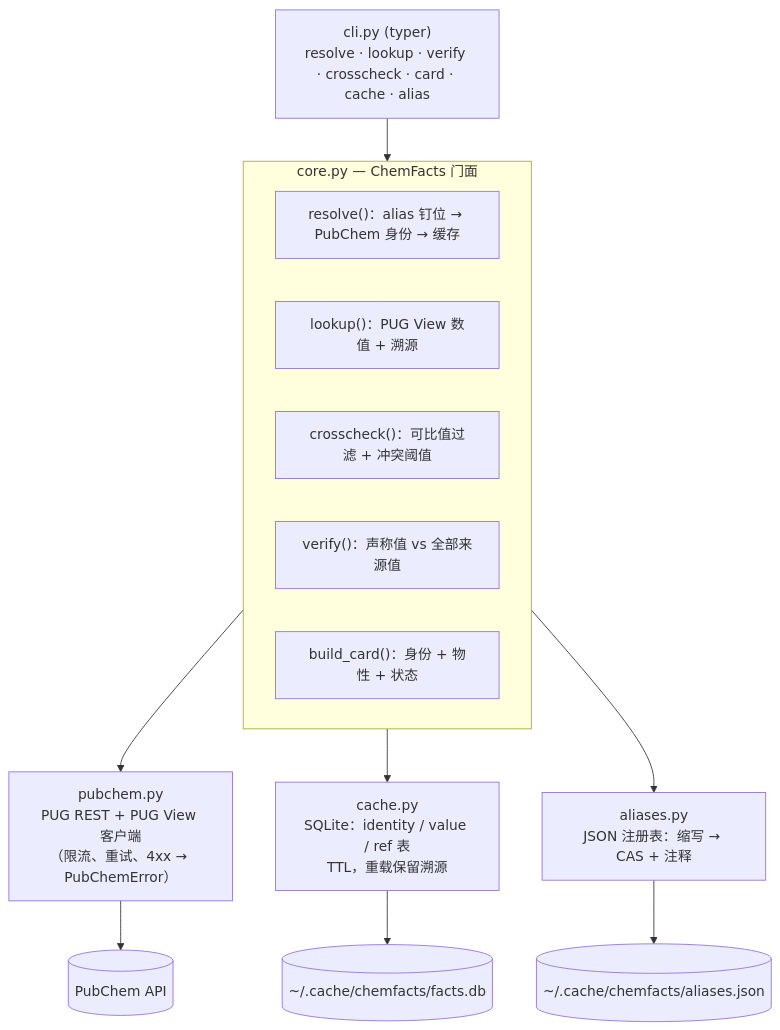
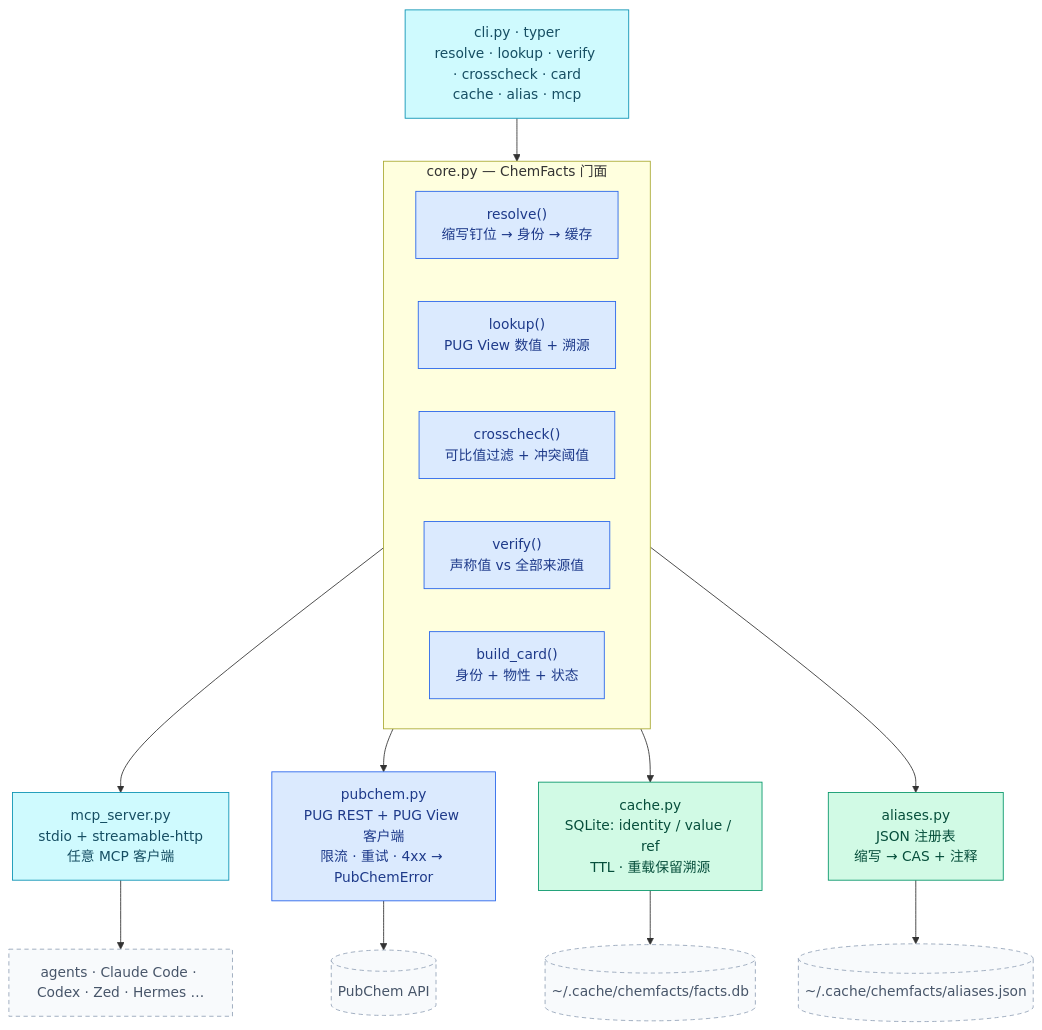
The fourth of 4 diagrams in README_zh.md (CL4Y68/chemfacts), drawn with Mermaid before and after one commit. The commit also changed other lines of this file and 1 other file, not shown here.

First line of the commit message:
beautify README diagrams: semantic color palette + node shapes + grouping

````diff
--- a/README_zh.md
+++ b/README_zh.md
@@ -108,17 +164,32 @@
 ```mermaid
 flowchart TD
-    CLI["cli.py (typer)<br/>resolve · lookup · verify · crosscheck · card · cache · alias"] --> CORE
+    CLI["cli.py · typer<br/>resolve · lookup · verify · crosscheck · card<br/>cache · alias · mcp"]:::mcp
     subgraph CORE["core.py — ChemFacts 门面"]
-        R["resolve()：alias 钉位 → PubChem 身份 → 缓存"]
-        L["lookup()：PUG View 数值 + 溯源"]
-        X["crosscheck()：可比值过滤 + 冲突阈值"]
-        V["verify()：声称值 vs 全部来源值"]
-        CD["build_card()：身份 + 物性 + 状态"]
+        direction LR
+        R["resolve()<br/>缩写钉位 → 身份 → 缓存"]:::proc
+        L["lookup()<br/>PUG View 数值 + 溯源"]:::proc
+        X["crosscheck()<br/>可比值过滤 + 冲突阈值"]:::proc
+        V["verify()<br/>声称值 vs 全部来源值"]:::proc
+        C["build_card()<br/>身份 + 物性 + 状态"]:::proc
     end
-    CORE --> P["pubchem.py<br/>PUG REST + PUG View 客户端<br/>（限流、重试、4xx → PubChemError）"]
-    CORE --> C["cache.py<br/>SQLite：identity / value / ref 表<br/>TTL，重载保留溯源"]
-    CORE --> A2["aliases.py<br/>JSON 注册表：缩写 → CAS + 注释"]
-    P --> PC[("PubChem API")]
-    C --> DB[("~/.cache/chemfacts/facts.db")]
-    A2 --> J[("~/.cache/chemfacts/aliases.json")]
+    CLI --> CORE
+    M["mcp_server.py<br/>stdio + streamable-http<br/>任意 MCP 客户端"]:::mcp
+    CORE --> M
+    M --> AG["agents · Claude Code · Codex · Zed · Hermes …"]:::ext
+    CORE --> P["pubchem.py<br/>PUG REST + PUG View 客户端<br/>限流 · 重试 · 4xx → PubChemError"]:::proc
+    CORE --> CA["cache.py<br/>SQLite: identity / value / ref<br/>TTL · 重载保留溯源"]:::store
+    CORE --> AL["aliases.py<br/>JSON 注册表<br/>缩写 → CAS + 注释"]:::store
+    P --> PC[("PubChem API")]:::ext
+    CA --> DB[("~/.cache/chemfacts/facts.db")]:::ext
+    AL --> J[("~/.cache/chemfacts/aliases.json")]:::ext
+    classDef io      fill:#e0e7ff,stroke:#4f46e5,stroke-width:2px,color:#312e81
+    classDef proc    fill:#dbeafe,stroke:#2563eb,color:#1e3a8a
+    classDef decide  fill:#fef3c7,stroke:#d97706,color:#78350f
+    classDef store   fill:#d1fae5,stroke:#059669,color:#064e3b
+    classDef ok      fill:#bbf7d0,stroke:#16a34a,stroke-width:2px,color:#14532d
+    classDef warn    fill:#fecaca,stroke:#dc2626,stroke-width:2px,color:#7f1d1d
+    classDef plain   fill:#e2e8f0,stroke:#64748b,color:#334155
+    classDef card   fill:#ede9fe,stroke:#7c3aed,stroke-width:2px,color:#4c1d95
+    classDef mcp    fill:#cffafe,stroke:#0891b2,color:#164e63
+    classDef ext    fill:#f8fafc,stroke:#94a3b8,stroke-dasharray:5 4,color:#475569
 ```
````
